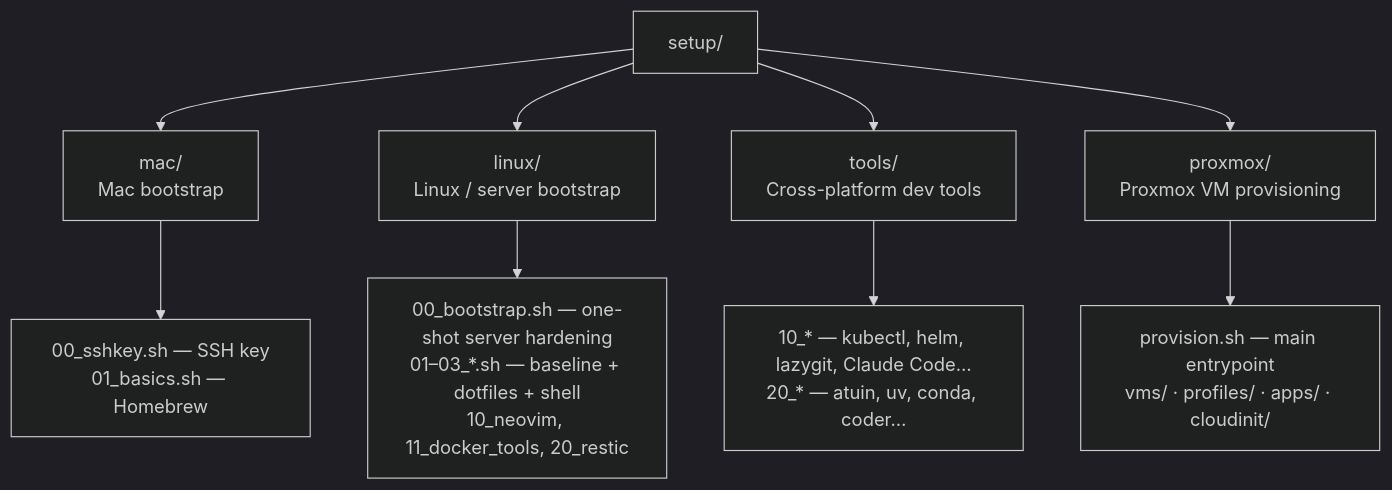
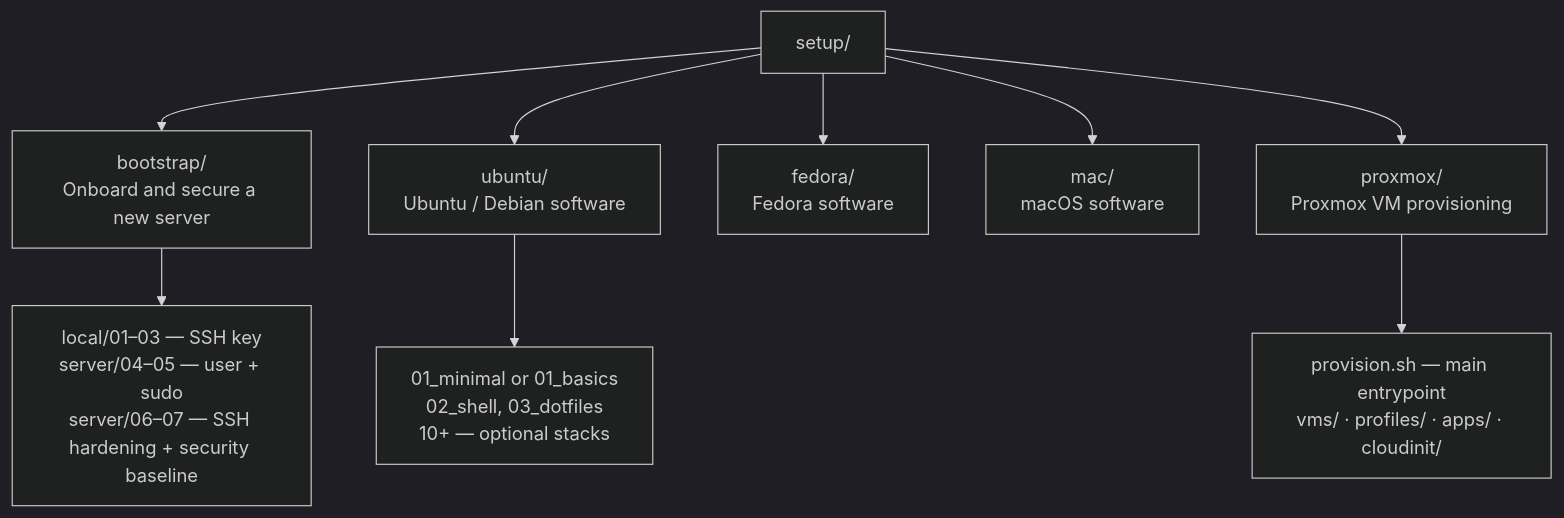
Before and after one commit to marsmike/setup: the diagram in README.md, drawn with Mermaid (dark theme). The commit also changed other lines of this file and 19 other files, not shown here.

First line of the commit message:
feat(bootstrap): harden new servers safely and add a minimal install

````diff
--- a/README.md
+++ b/README.md
@@ -11,12 +11,12 @@
 ```mermaid
 graph TD
-    repo["setup/"] --> mac["mac/<br/>Mac bootstrap"]
-    repo --> linux["linux/<br/>Linux / server bootstrap"]
-    repo --> tools["tools/<br/>Cross-platform dev tools"]
+    repo["setup/"] --> bootstrap["bootstrap/<br/>Onboard and secure a new server"]
+    repo --> ubuntu["ubuntu/<br/>Ubuntu / Debian software"]
+    repo --> fedora["fedora/<br/>Fedora software"]
+    repo --> mac["mac/<br/>macOS software"]
     repo --> proxmox["proxmox/<br/>Proxmox VM provisioning"]
 
-    mac --> m1["00_sshkey.sh — SSH key<br/>01_basics.sh — Homebrew"]
-    linux --> l1["00_bootstrap.sh — one-shot server hardening<br/>01–03_*.sh — baseline + dotfiles + shell<br/>10_neovim, 11_docker_tools, 20_restic"]
-    tools --> t1["10_* — kubectl, helm, lazygit, Claude Code…<br/>20_* — atuin, uv, conda, coder…"]
+    bootstrap --> b1["local/01–03 — SSH key<br/>server/04–05 — user + sudo<br/>server/06–07 — SSH hardening + security baseline"]
+    ubuntu --> u1["01_minimal or 01_basics<br/>02_shell, 03_dotfiles<br/>10+ — optional stacks"]
     proxmox --> px1["provision.sh — main entrypoint<br/>vms/ · profiles/ · apps/ · cloudinit/"]
 ```
````
